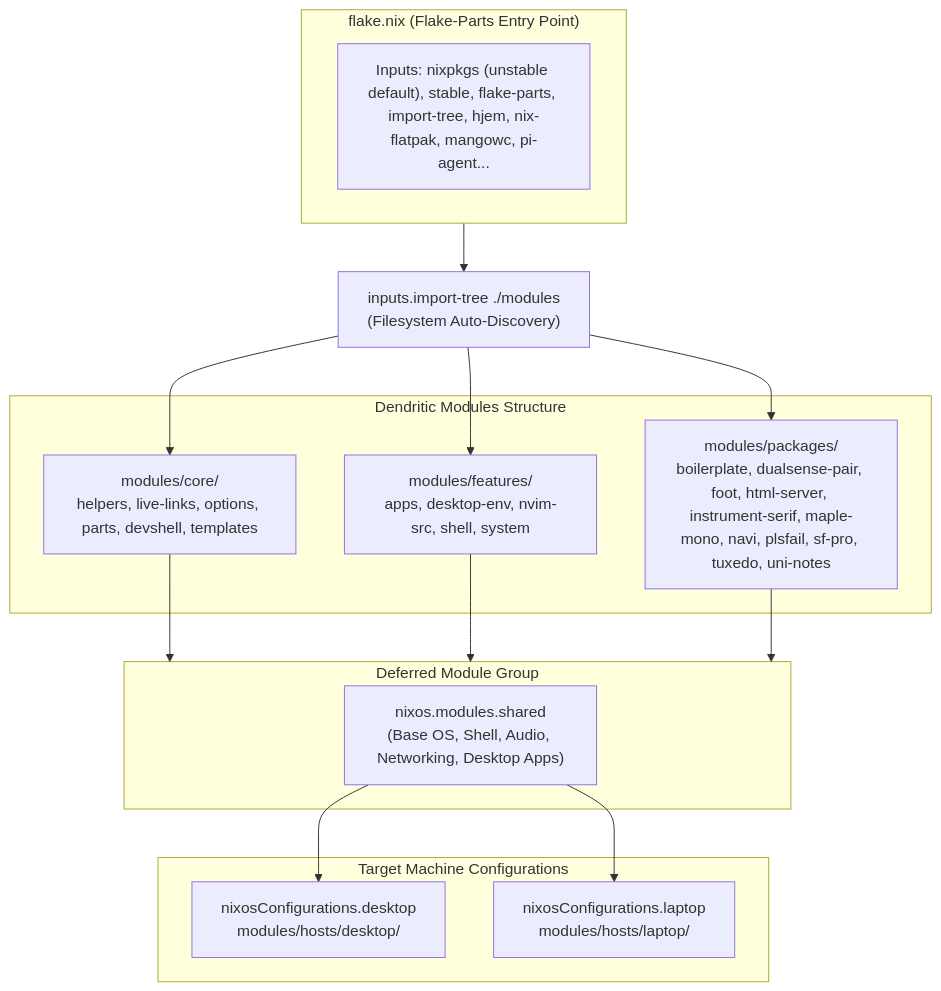
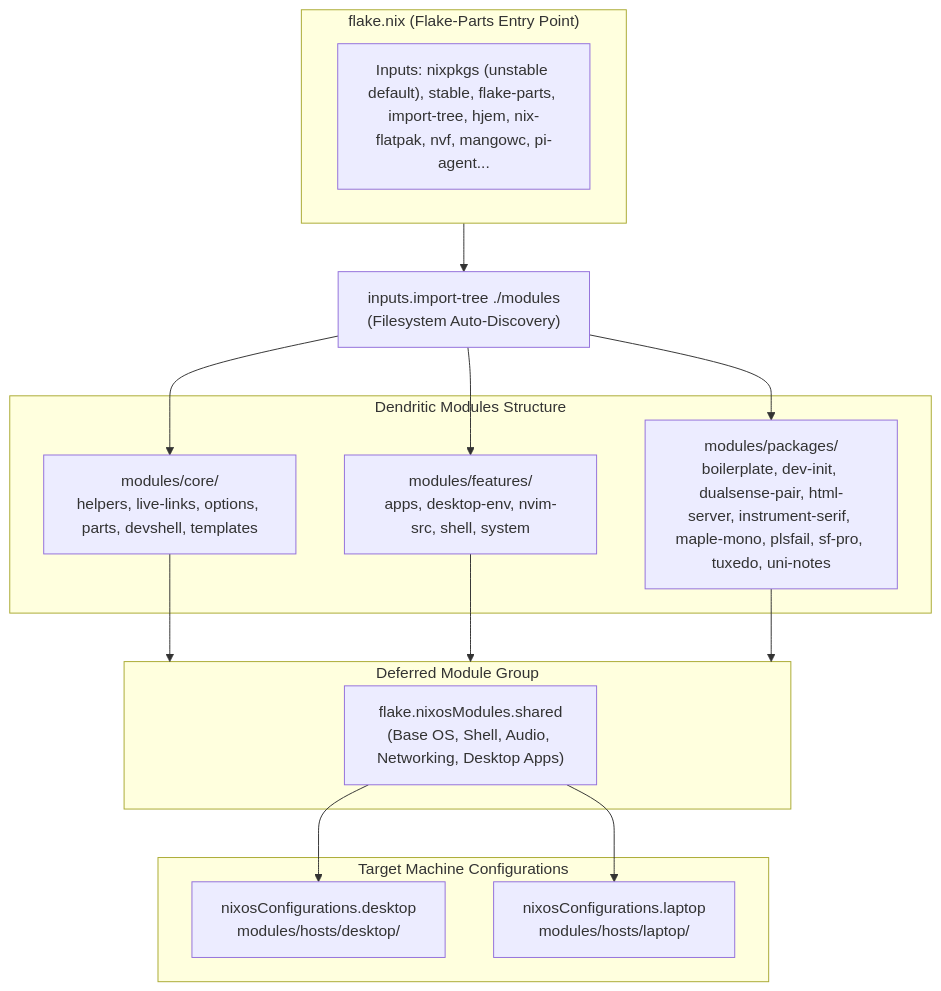
One commit to Ssnibles/NixConfig changed the diagram in README.md. Above: the diagram before and after it, drawn with Mermaid. The commit also changed other lines of this file and 4 other files, not shown here.

````diff
--- a/README.md
+++ b/README.md
@@ -89,41 +90,41 @@
 ```mermaid
 flowchart TD
     subgraph Flake["flake.nix (Flake-Parts Entry Point)"]
-        Inputs["Inputs: nixpkgs (unstable default), stable, flake-parts, import-tree, hjem, nix-flatpak, mangowc, pi-agent..."]
+        Inputs["Inputs: nixpkgs (unstable default), stable, flake-parts, import-tree, hjem, nix-flatpak, nvf, mangowc, pi-agent..."]
     end
 
     Tree["inputs.import-tree ./modules<br/>(Filesystem Auto-Discovery)"]
     Flake --> Tree
 
     subgraph Modules["Dendritic Modules Structure"]
         Core["modules/core/<br/>helpers, live-links, options, parts, devshell, templates"]
         Features["modules/features/<br/>apps, desktop-env, nvim-src, shell, system"]
-        Packages["modules/packages/<br/>boilerplate, dualsense-pair, foot, html-server, instrument-serif, maple-mono, navi, plsfail, sf-pro, tuxedo, uni-notes"]
+        Packages["modules/packages/<br/>boilerplate, dev-init, dualsense-pair, html-server, instrument-serif, maple-mono, plsfail, sf-pro, tuxedo, uni-notes"]
     end
 
     Tree --> Core
     Tree --> Features
     Tree --> Packages
 
     subgraph Composition["Deferred Module Group"]
-        Shared["nixos.modules.shared<br/>(Base OS, Shell, Audio, Networking, Desktop Apps)"]
+        Shared["flake.nixosModules.shared<br/>(Base OS, Shell, Audio, Networking, Desktop Apps)"]
     end
 
     Core --> Composition
     Features --> Composition
     Packages --> Composition
 
     subgraph Hosts["Target Machine Configurations"]
         Host0["nixosConfigurations.desktop<br/>modules/hosts/desktop/"]
         Host1["nixosConfigurations.laptop<br/>modules/hosts/laptop/"]
     end
 
     Shared --> Host0
     Shared --> Host1
 
     click Core href "modules/core" "Open core modules"
     click Features href "modules/features" "Open features modules"
     click Packages href "modules/packages" "Open custom packages"
     click Host0 href "modules/hosts/desktop" "Open the desktop host configuration"
     click Host1 href "modules/hosts/laptop" "Open the laptop host configuration"
 ```
````
